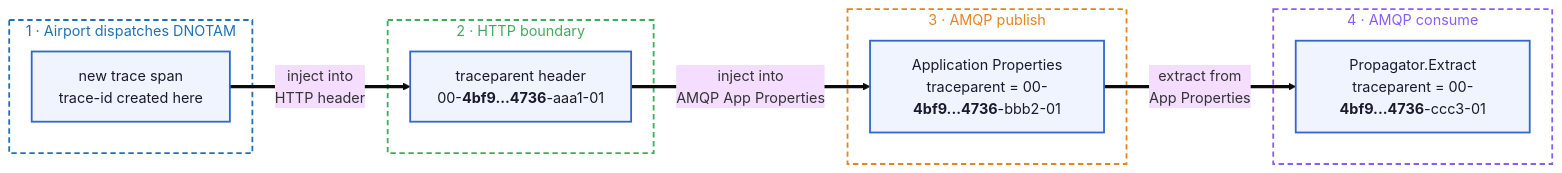
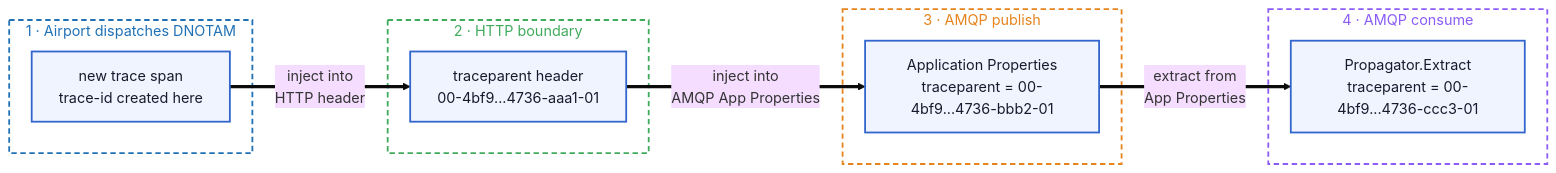
One commit to swim-developer/swim-sfg-observability changed the second of 2 diagrams in README.md. Above: the diagram before and after it, drawn with Mermaid (base theme). The commit also changed other lines of this file, not shown here.

````diff
--- a/README.md
+++ b/README.md
@@ -115,30 +121,30 @@
 ```mermaid
 flowchart LR
     subgraph ORIGIN["1 · Airport dispatches DNOTAM"]
         O_SPAN["new trace span\ntrace-id created here"]
     end
 
     subgraph HTTP_HOP["2 · HTTP boundary"]
-        H_HDR["traceparent header\n00-<b>4bf9...4736</b>-aaa1-01"]
+        H_HDR["traceparent header\n00-4bf9...4736-aaa1-01"]
     end
 
     subgraph AMQP_PUB["3 · AMQP publish"]
-        A_PROP["Application Properties\ntraceparent = 00-<b>4bf9...4736</b>-bbb2-01"]
+        A_PROP["Application Properties\ntraceparent = 00-4bf9...4736-bbb2-01"]
     end
 
     subgraph AMQP_CON["4 · AMQP consume"]
-        C_EXT["Propagator.Extract\ntraceparent = 00-<b>4bf9...4736</b>-ccc3-01"]
+        C_EXT["Propagator.Extract\ntraceparent = 00-4bf9...4736-ccc3-01"]
     end
 
     O_SPAN ==>|"inject into\nHTTP header"| H_HDR
     H_HDR ==>|"inject into\nAMQP App Properties"| A_PROP
     A_PROP ==>|"extract from\nApp Properties"| C_EXT
 
     classDef step fill:#f0f4ff,stroke:#3366cc,stroke-width:2px,color:#1a1a2e
     class O_SPAN,H_HDR,A_PROP,C_EXT step
 
     style ORIGIN fill:none,stroke:#2171b5,stroke-width:2px,stroke-dasharray:6 4,color:#2171b5
     style HTTP_HOP fill:none,stroke:#41ab5d,stroke-width:2px,stroke-dasharray:6 4,color:#41ab5d
     style AMQP_PUB fill:none,stroke:#e6841e,stroke-width:2px,stroke-dasharray:6 4,color:#e6841e
     style AMQP_CON fill:none,stroke:#8b5cf6,stroke-width:2px,stroke-dasharray:6 4,color:#8b5cf6
 ```
````
